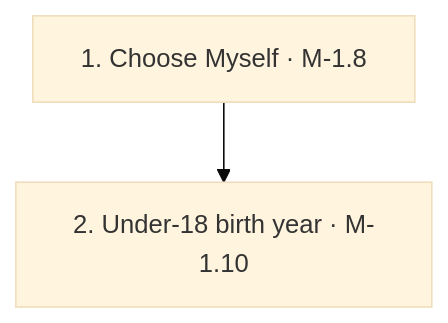
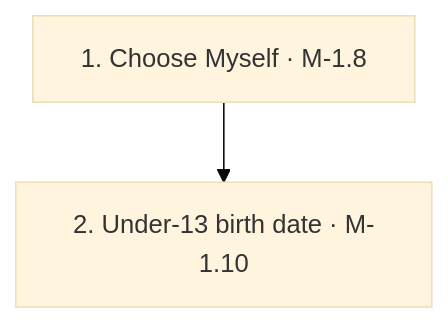
The second of 32 diagrams in JOURNEY_MAP.md (Ibrahim-tk/Deborah-app), drawn with Mermaid (base theme) before and after one commit. The commit also changed other lines of this file and 78 other files, not shown here.

````diff
--- a/JOURNEY_MAP.md
+++ b/JOURNEY_MAP.md
@@ -91,6 +91,6 @@
 ```mermaid
 flowchart TD
   N0["1. Choose Myself · M-1.8"]
-  N1["2. Under-18 birth year · M-1.10"]
+  N1["2. Under-13 birth date · M-1.10"]
   N0 --> N1
 ```
````
